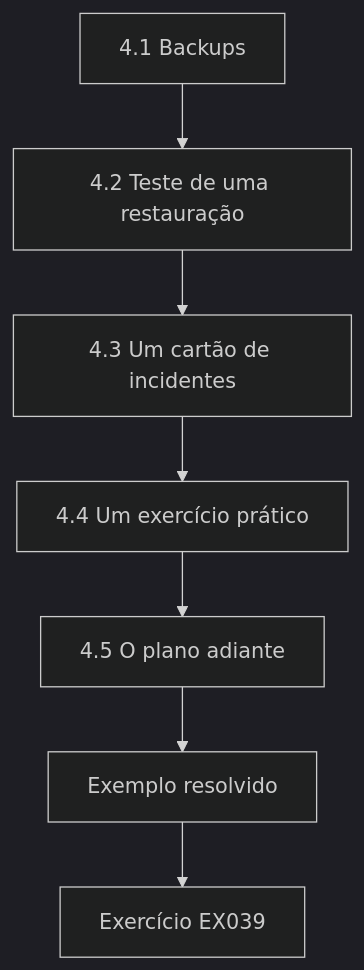
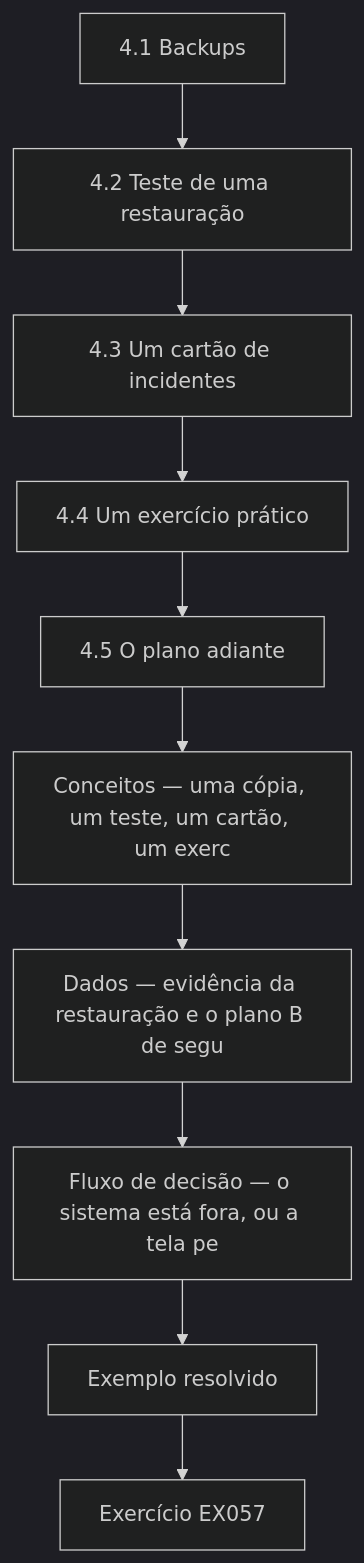
One commit to hiagokinlevi/CyKin changed the tenth of 12 diagrams in levels/rapid-1-month/information-security/pt/book/MANUSCRIPT.md. Above: the diagram before and after it, drawn with Mermaid (dark theme). The commit also changed other lines of this file and 1 other file, not shown here.

````diff
--- a/levels/rapid-1-month/information-security/pt/book/MANUSCRIPT.md
+++ b/levels/rapid-1-month/information-security/pt/book/MANUSCRIPT.md
@@ -448,11 +649,14 @@
 ```mermaid
 flowchart TD
   N0["4.1 Backups"]
   N1["4.2 Teste de uma restauração"]
   N2["4.3 Um cartão de incidentes"]
   N3["4.4 Um exercício prático"]
   N4["4.5 O plano adiante"]
-  N0 --> N1 --> N2 --> N3 --> N4
-  N4 --> EX["Exemplo resolvido"]
-  EX --> Q["Exercício EX039"]
+  N5["Conceitos — uma cópia, um teste, um cartão, um exerc"]
+  N6["Dados — evidência da restauração e o plano B de segu"]
+  N7["Fluxo de decisão — o sistema está fora, ou a tela pe"]
+  N0 --> N1 --> N2 --> N3 --> N4 --> N5 --> N6 --> N7
+  N7 --> EX["Exemplo resolvido"]
+  EX --> Q["Exercício EX057"]
 ```
````
